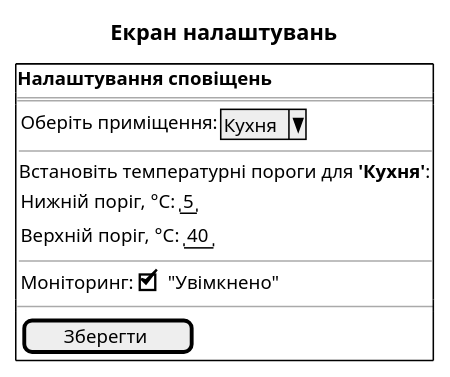
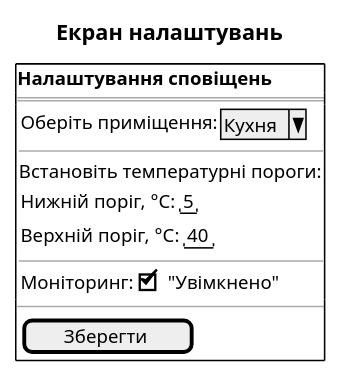
The diagram in NFR1.1.puml (Julik52/NFR_Files), drawn with PlantUML before and after one commit.

```diff
--- a/NFR1.1.puml
+++ b/NFR1.1.puml
@@ -1,24 +1,24 @@
 @startsalt
 title Екран налаштувань
 
 {+
   <b>Налаштування сповіщень</b>
   ==
   {
     { Оберіть приміщення: | ^Кухня^}
     --
-    Встановіть температурні пороги для <b>'Кухня'</b>:
+    Встановіть температурні пороги:
     { Нижній поріг, °C: | "5" }
     { Верхній поріг, °C: | "40" }
     --
     { Моніторинг: | [X] "Увімкнено" }
 
   }
   --
   {
     {
       [ Зберегти <&save> ]
     }
   }
 }
 @endsalt
```
